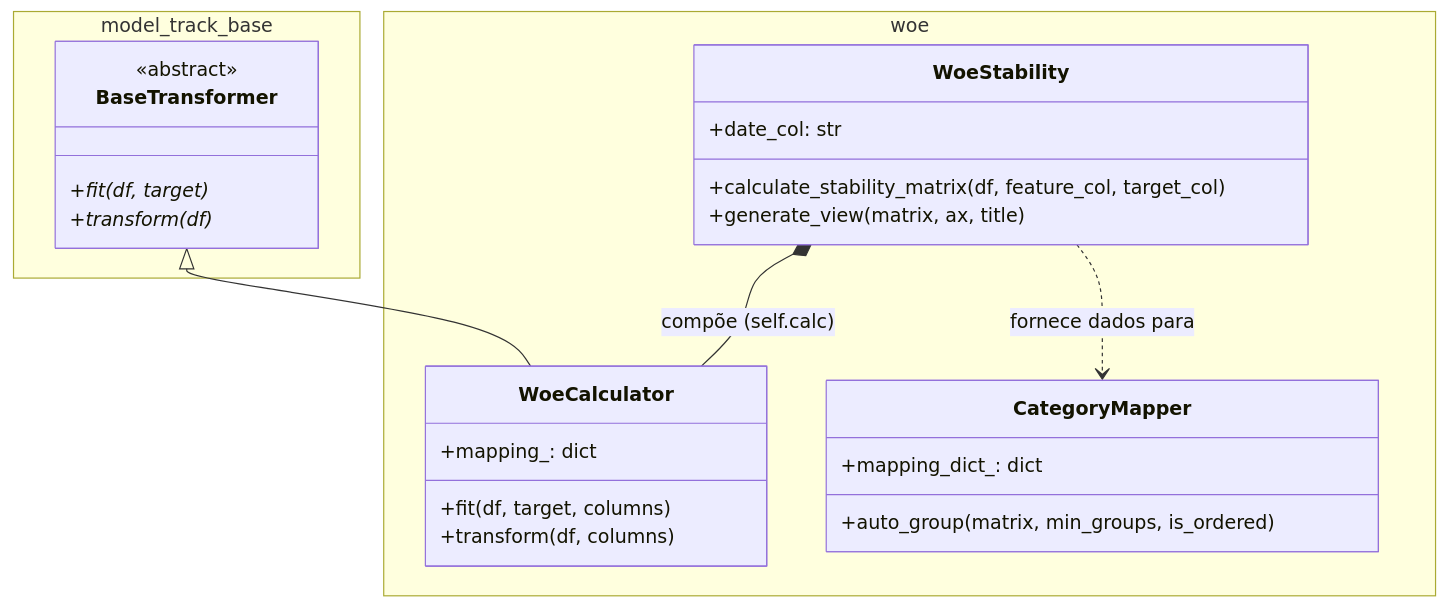
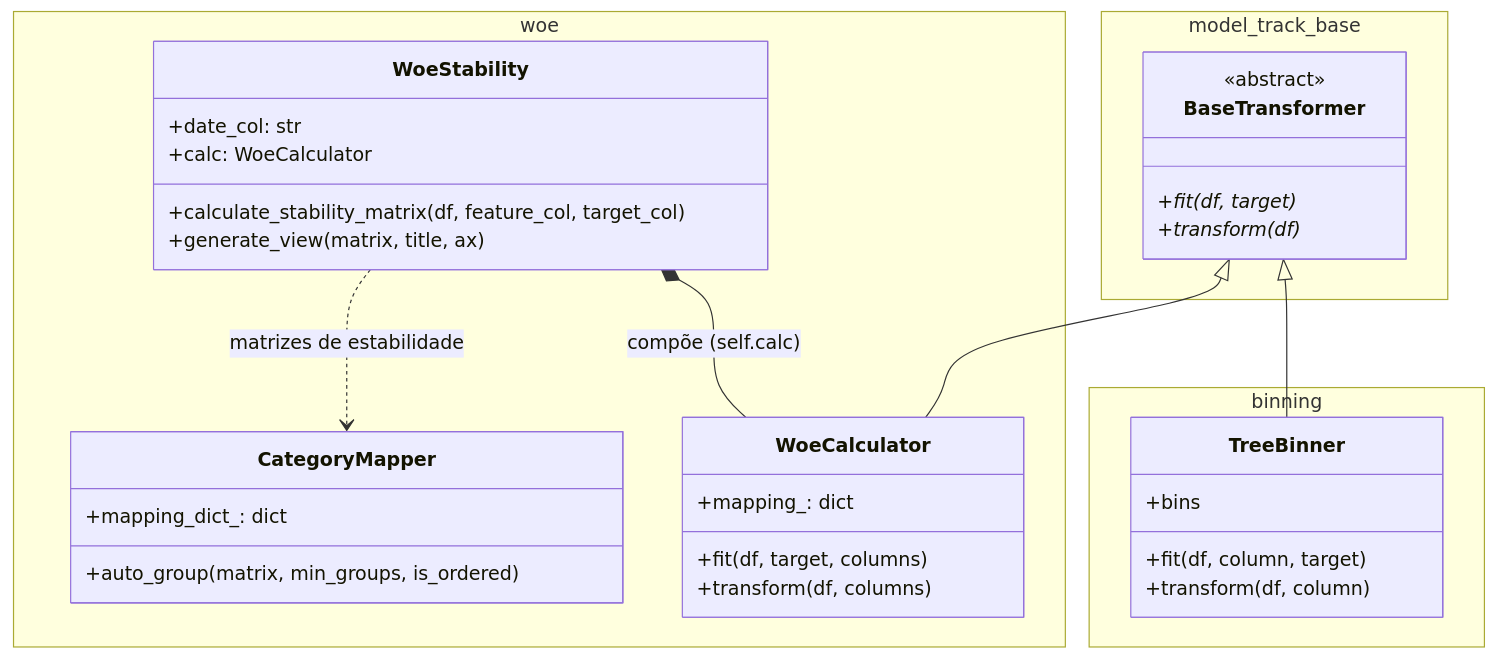
One commit to Cristiano2132/model-track-cr changed the diagram in README.pt-br.md. Above: the diagram before and after it, drawn with Mermaid. The commit also changed other lines of this file and 1 other file, not shown here.

````diff
--- a/README.pt-br.md
+++ b/README.pt-br.md
@@ -54,31 +54,41 @@
 ```mermaid
 classDiagram
     namespace model_track_base {
         class BaseTransformer {
             <<abstract>>
             +fit(df, target) *
             +transform(df) *
+        }
+    }
+
+    namespace binning {
+        class TreeBinner {
+            +bins
+            +fit(df, column, target)
+            +transform(df, column)
         }
     }
 
     namespace woe {
         class WoeCalculator {
             +mapping_: dict
             +fit(df, target, columns)
             +transform(df, columns)
         }
         class WoeStability {
             +date_col: str
+            +calc: WoeCalculator
             +calculate_stability_matrix(df, feature_col, target_col)
-            +generate_view(matrix, ax, title)
+            +generate_view(matrix, title, ax)
         }
         class CategoryMapper {
             +mapping_dict_: dict
             +auto_group(matrix, min_groups, is_ordered)
         }
     }
 
+    BaseTransformer <|-- TreeBinner
     BaseTransformer <|-- WoeCalculator
     WoeStability *-- WoeCalculator : compõe (self.calc)
-    WoeStability ..> CategoryMapper : fornece dados para
+    WoeStability ..> CategoryMapper : matrizes de estabilidade
 ```
````
